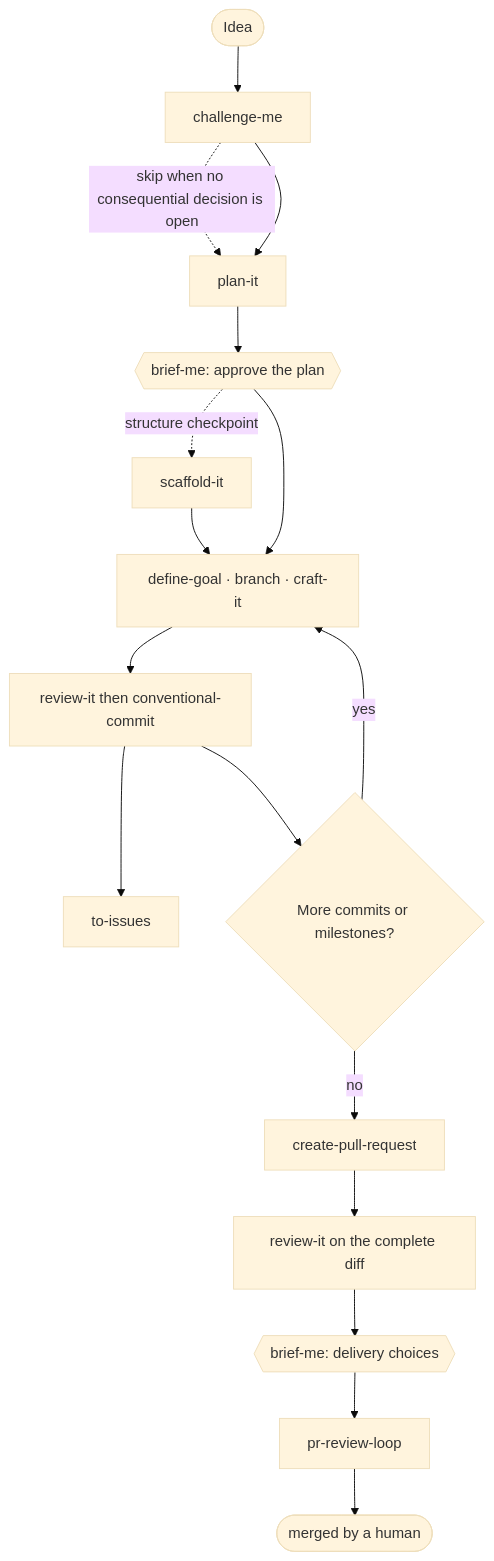
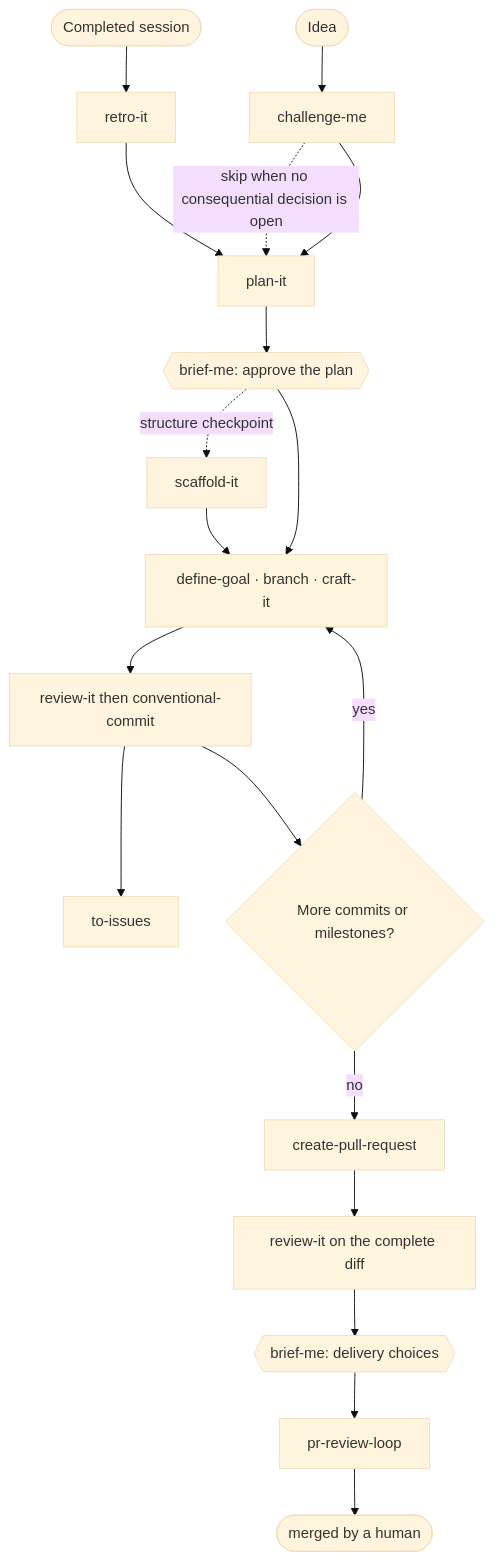
The diagram in README.md (typeweaver/skills), drawn with Mermaid (base theme) before and after one commit. The commit also changed other lines of this file and 11 other files, not shown here.

````diff
--- a/README.md
+++ b/README.md
@@ -85,19 +85,21 @@
 ```mermaid
 flowchart TD
     idea([Idea]) --> challenge[challenge-me]
+    session([Completed session]) --> retro[retro-it]
+    retro --> plan
     challenge -.->|skip when no consequential decision is open| plan[plan-it]
     challenge --> plan
     plan --> approve{{brief-me: approve the plan}}
     approve -.->|structure checkpoint| scaffold[scaffold-it]
     scaffold --> build["define-goal · branch · craft-it"]
     approve --> build
     build --> reviewCommit["review-it then conventional-commit"]
     reviewCommit --> followups[to-issues]
     reviewCommit --> more{More commits or milestones?}
     more -->|yes| build
     more -->|no| pr[create-pull-request]
     pr --> reviewPr["review-it on the complete diff"]
     reviewPr --> deliver{{brief-me: delivery choices}}
     deliver --> loop[pr-review-loop]
     loop --> merged([merged by a human])
 ```
````
